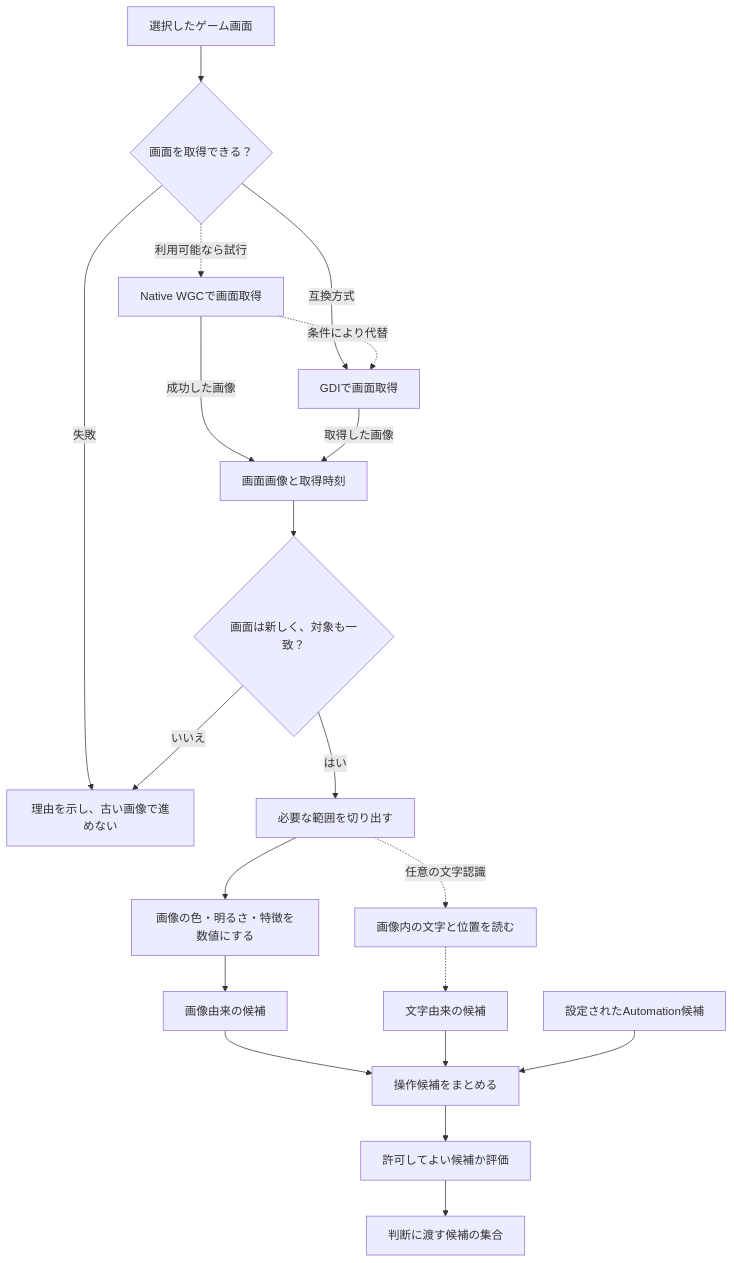
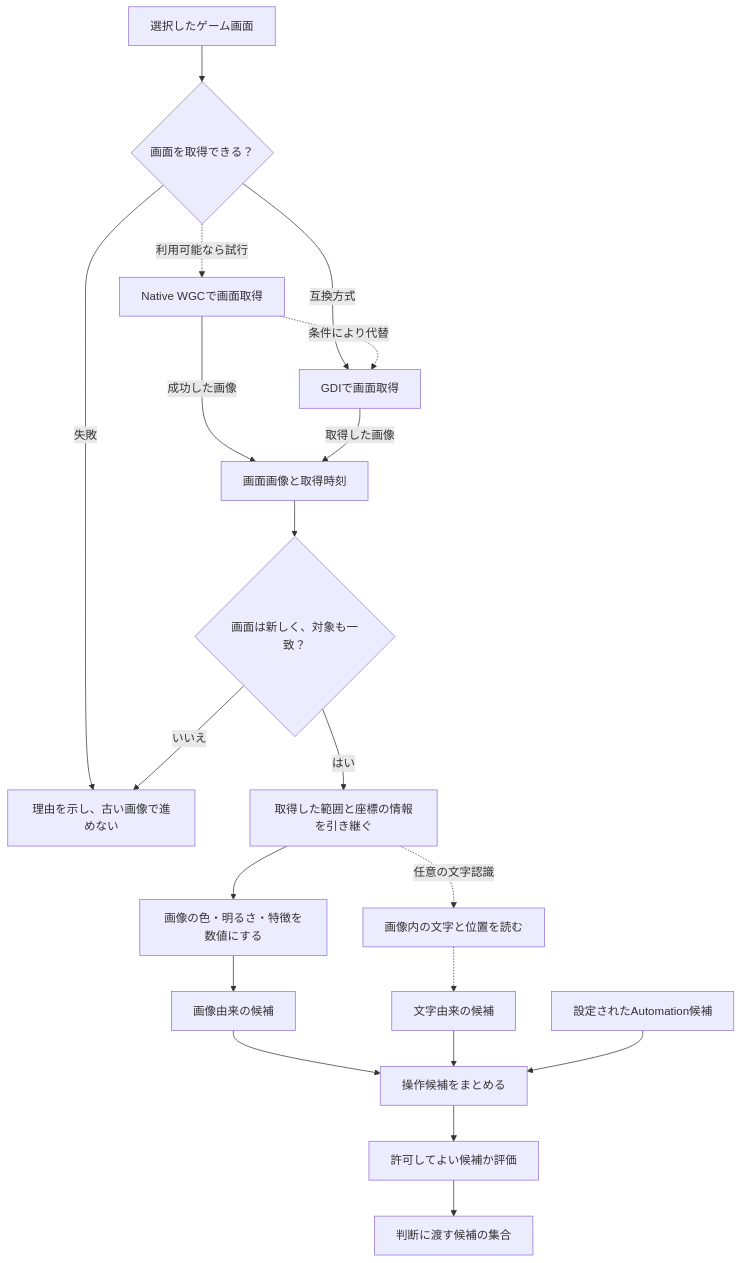
One commit to tomiya7688/AI_game_player changed the first of 2 diagrams in doc/guide/recognition.md. Above: the diagram before and after it, drawn with Mermaid. The commit also changed other lines of this file, not shown here.

Commit message:
docs: clarify capture ROI is applied before observation freshness checks

````diff
--- a/doc/guide/recognition.md
+++ b/doc/guide/recognition.md
@@ -11,22 +11,22 @@
 ```mermaid
 flowchart TD
     W["選択したゲーム画面"] --> A{"画面を取得できる？"}
     A -.->|利用可能なら試行| WGC["Native WGCで画面取得"]
     A -->|互換方式| GDI["GDIで画面取得"]
     WGC -->|成功した画像| F["画面画像と取得時刻"]
     WGC -.->|条件により代替| GDI
     GDI -->|取得した画像| F
     A -->|失敗| N["理由を示し、古い画像で進めない"]
     F --> T{"画面は新しく、対象も一致？"}
     T -->|いいえ| N
-    T -->|はい| ROI["必要な範囲を切り出す"]
+    T -->|はい| ROI["取得した範囲と座標の情報を引き継ぐ"]
     ROI --> I["画像の色・明るさ・特徴を数値にする"]
     ROI -.->|任意の文字認識| O["画像内の文字と位置を読む"]
     I --> C["画像由来の候補"]
     O -.-> D["文字由来の候補"]
     C --> M["操作候補をまとめる"]
     D --> M
     Z["設定されたAutomation候補"] --> M
     M --> E["許可してよい候補か評価"]
     E --> J["判断に渡す候補の集合"]
 ```
````
